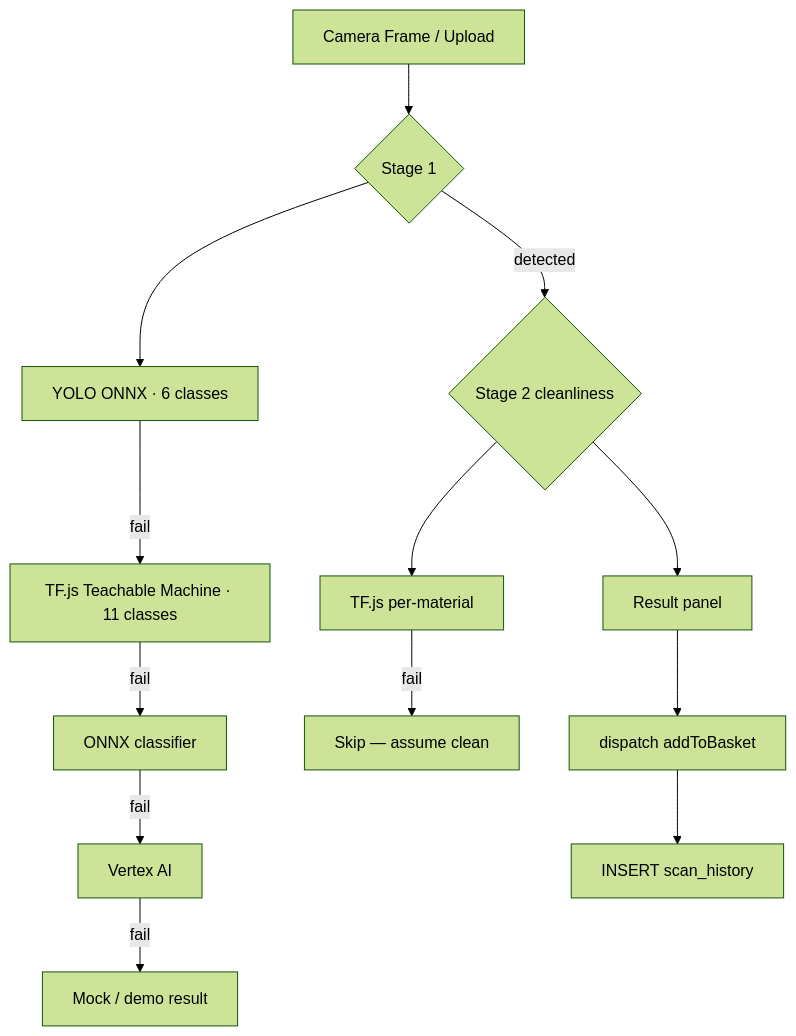
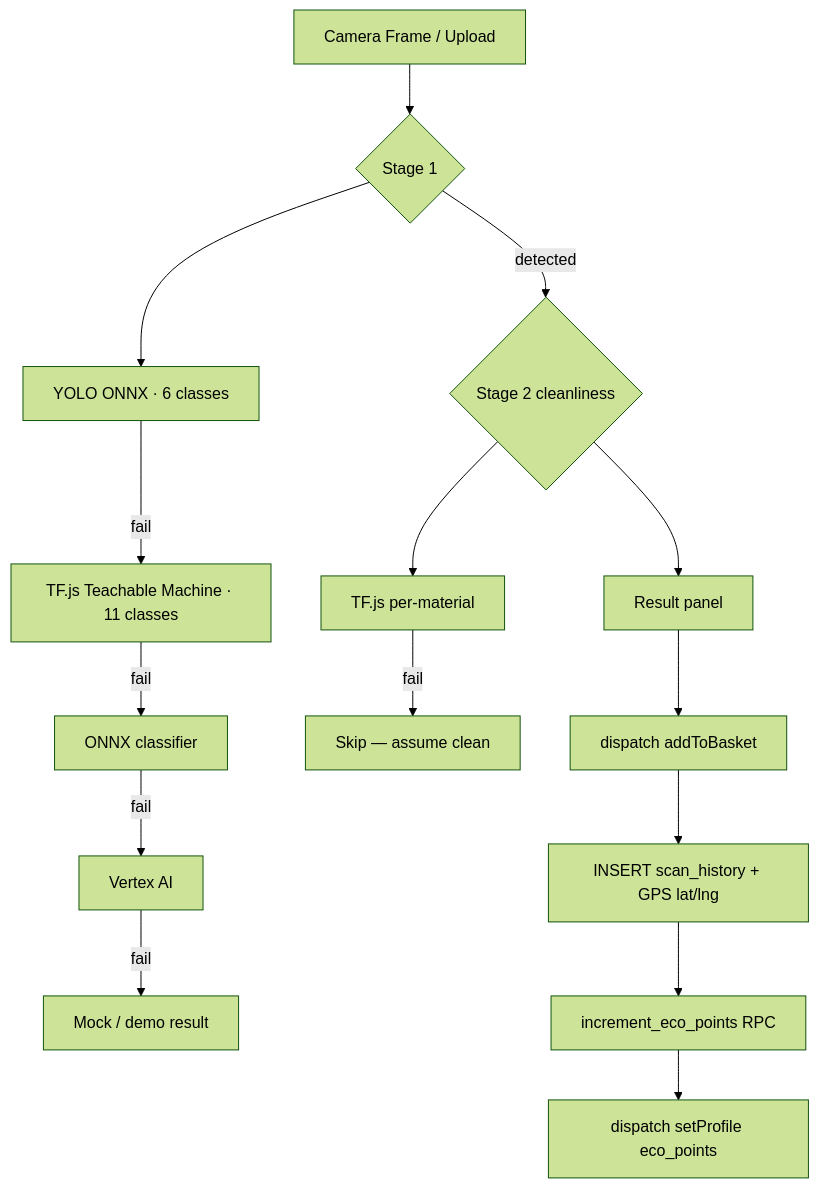
One commit to CK-672110226/Greenplus_Ai changed the fourth of 5 diagrams in NowProject/FEATURES_AND_DATAFLOW.md. Above: the diagram before and after it, drawn with Mermaid (forest theme). The commit also changed other lines of this file and 10 other files, not shown here.

First line of the commit message:
fix(eco-points): remove eco-points feature entirely

````diff
--- a/NowProject/FEATURES_AND_DATAFLOW.md
+++ b/NowProject/FEATURES_AND_DATAFLOW.md
@@ -171,15 +169,17 @@
 ```mermaid
 flowchart TD
     Frame[Camera Frame / Upload] --> S1{Stage 1}
     S1 --> Y[YOLO ONNX · 6 classes]
     Y -- fail --> TM[TF.js Teachable Machine · 11 classes]
     TM -- fail --> ON[ONNX classifier]
     ON -- fail --> VA[Vertex AI]
     VA -- fail --> MOCK[Mock / demo result]
     S1 -- detected --> S2{Stage 2 cleanliness}
     S2 --> TM2[TF.js per-material]
     TM2 -- fail --> SKIP[Skip — assume clean]
     S2 --> RESULT[Result panel]
     RESULT --> BASKET[dispatch addToBasket]
-    BASKET --> INSERT[INSERT scan_history]
+    BASKET --> INSERT[INSERT scan_history + GPS lat/lng]
+    INSERT --> PTS[increment_eco_points RPC]
+    PTS --> Redux[dispatch setProfile eco_points]
 ```
````
